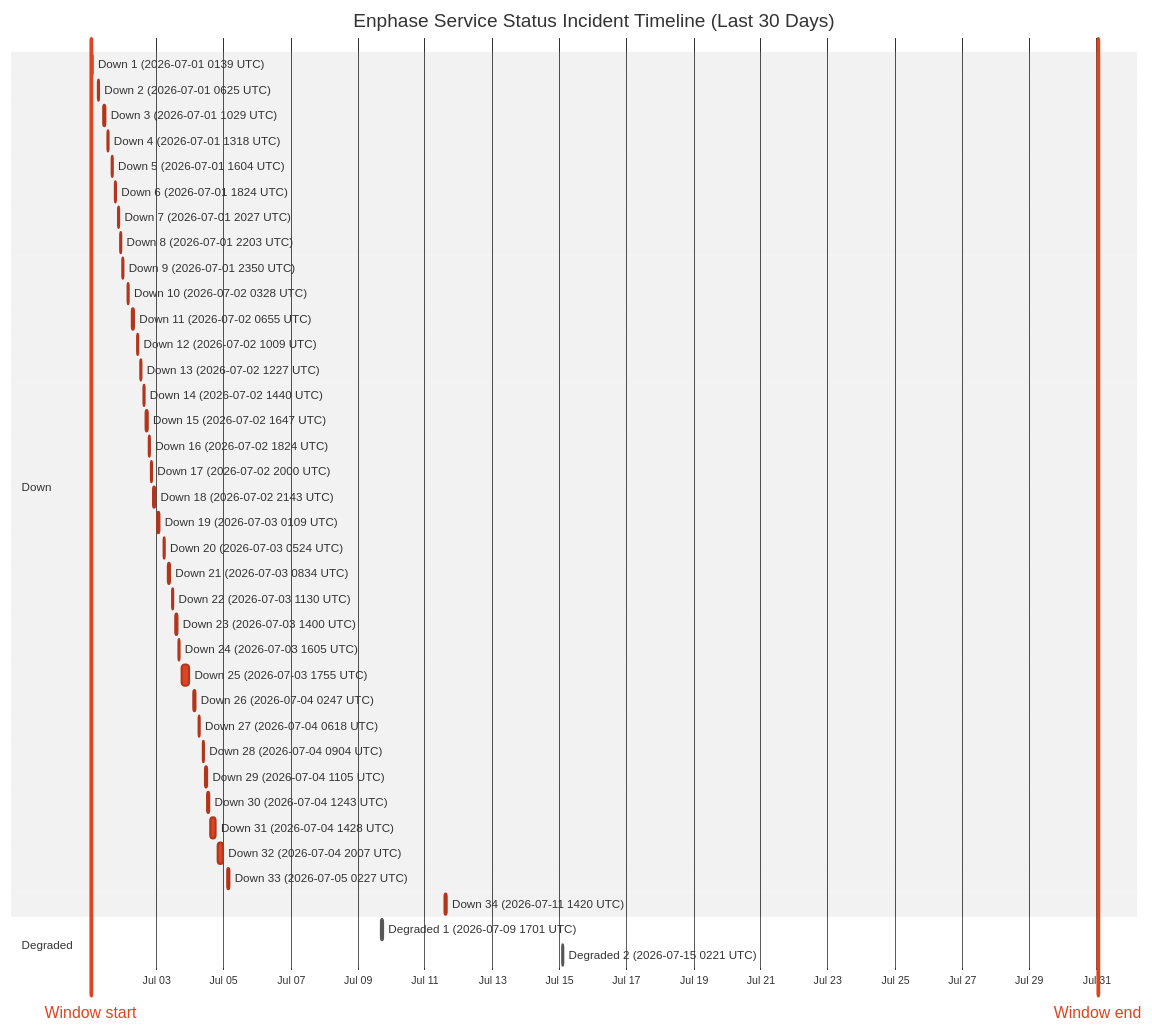
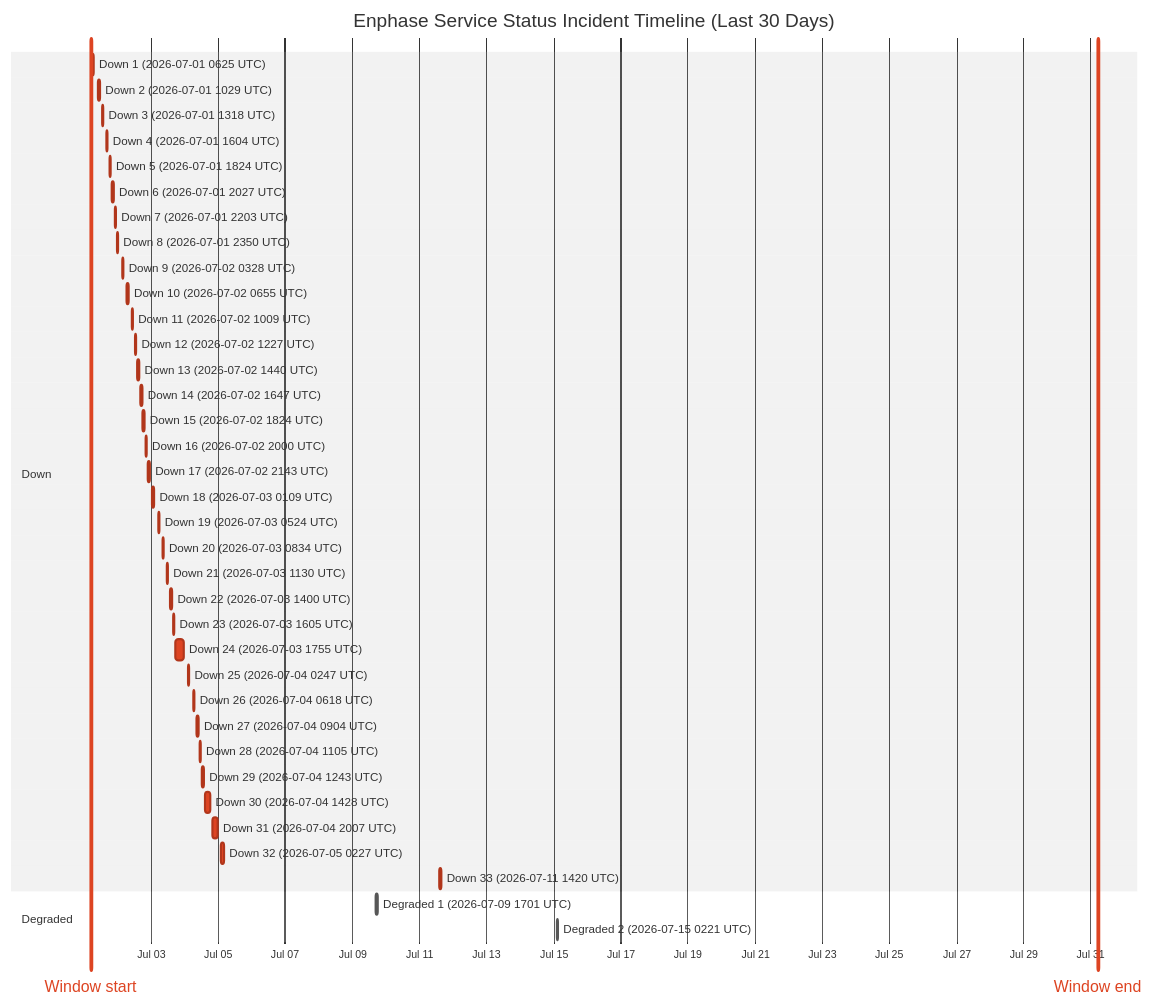
One commit to barneyonline/ha-enphase-energy changed the diagram in wiki/Service-Status-History.md. Above: the diagram before and after it, drawn with Mermaid (neutral theme). The commit also changed other lines of this file and 3 other files, not shown here.

````diff
--- a/wiki/Service-Status-History.md
+++ b/wiki/Service-Status-History.md
@@ -14,46 +14,45 @@
 ```mermaid
 gantt
     title Enphase Service Status Incident Timeline (Last 30 Days)
     dateFormat  YYYY-MM-DDTHH:mm:ss
     axisFormat  %b %d
-    Window start :vert, window-start, 2026-07-01T01:03:44, 0ms
-    Window end :vert, window-end, 2026-07-31T01:03:44, 0ms
+    Window start :vert, window-start, 2026-07-01T04:57:50, 0ms
+    Window end :vert, window-end, 2026-07-31T04:57:50, 0ms
     section Down
-    Down 1 (2026-07-01 0139 UTC) :crit, down-1, 2026-07-01T01:39:18, 60m
-    Down 2 (2026-07-01 0625 UTC) :crit, down-2, 2026-07-01T06:25:35, 60m
-    Down 3 (2026-07-01 1029 UTC) :crit, down-3, 2026-07-01T10:29:24, 60m
-    Down 4 (2026-07-01 1318 UTC) :crit, down-4, 2026-07-01T13:18:31, 60m
-    Down 5 (2026-07-01 1604 UTC) :crit, down-5, 2026-07-01T16:04:29, 60m
-    Down 6 (2026-07-01 1824 UTC) :crit, down-6, 2026-07-01T18:24:21, 60m
-    Down 7 (2026-07-01 2027 UTC) :crit, down-7, 2026-07-01T20:27:17, 60m
-    Down 8 (2026-07-01 2203 UTC) :crit, down-8, 2026-07-01T22:03:46, 60m
-    Down 9 (2026-07-01 2350 UTC) :crit, down-9, 2026-07-01T23:50:52, 60m
-    Down 10 (2026-07-02 0328 UTC) :crit, down-10, 2026-07-02T03:28:33, 60m
-    Down 11 (2026-07-02 0655 UTC) :crit, down-11, 2026-07-02T06:55:07, 60m
-    Down 12 (2026-07-02 1009 UTC) :crit, down-12, 2026-07-02T10:09:15, 60m
-    Down 13 (2026-07-02 1227 UTC) :crit, down-13, 2026-07-02T12:27:49, 60m
-    Down 14 (2026-07-02 1440 UTC) :crit, down-14, 2026-07-02T14:40:53, 60m
-    Down 15 (2026-07-02 1647 UTC) :crit, down-15, 2026-07-02T16:47:47, 60m
-    Down 16 (2026-07-02 1824 UTC) :crit, down-16, 2026-07-02T18:24:26, 60m
-    Down 17 (2026-07-02 2000 UTC) :crit, down-17, 2026-07-02T20:00:57, 60m
-    Down 18 (2026-07-02 2143 UTC) :crit, down-18, 2026-07-02T21:43:52, 80m
-    Down 19 (2026-07-03 0109 UTC) :crit, down-19, 2026-07-03T01:09:19, 60m
-    Down 20 (2026-07-03 0524 UTC) :crit, down-20, 2026-07-03T05:24:23, 60m
-    Down 21 (2026-07-03 0834 UTC) :crit, down-21, 2026-07-03T08:34:05, 60m
-    Down 22 (2026-07-03 1130 UTC) :crit, down-22, 2026-07-03T11:30:41, 60m
-    Down 23 (2026-07-03 1400 UTC) :crit, down-23, 2026-07-03T14:00:48, 60m
-    Down 24 (2026-07-03 1605 UTC) :crit, down-24, 2026-07-03T16:05:49, 60m
-    Down 25 (2026-07-03 1755 UTC) :crit, down-25, 2026-07-03T17:55:54, 338m
-    Down 26 (2026-07-04 0247 UTC) :crit, down-26, 2026-07-04T02:47:22, 60m
-    Down 27 (2026-07-04 0618 UTC) :crit, down-27, 2026-07-04T06:18:09, 60m
-    Down 28 (2026-07-04 0904 UTC) :crit, down-28, 2026-07-04T09:04:41, 60m
-    Down 29 (2026-07-04 1105 UTC) :crit, down-29, 2026-07-04T11:05:21, 60m
-    Down 30 (2026-07-04 1243 UTC) :crit, down-30, 2026-07-04T12:43:25, 60m
-    Down 31 (2026-07-04 1428 UTC) :crit, down-31, 2026-07-04T14:28:07, 243m
-    Down 32 (2026-07-04 2007 UTC) :crit, down-32, 2026-07-04T20:07:50, 206m
-    Down 33 (2026-07-05 0227 UTC) :crit, down-33, 2026-07-05T02:27:32, 109m
-    Down 34 (2026-07-11 1420 UTC) :crit, down-34, 2026-07-11T14:20:54, 69m
+    Down 1 (2026-07-01 0625 UTC) :crit, down-1, 2026-07-01T06:25:35, 60m
+    Down 2 (2026-07-01 1029 UTC) :crit, down-2, 2026-07-01T10:29:24, 60m
+    Down 3 (2026-07-01 1318 UTC) :crit, down-3, 2026-07-01T13:18:31, 60m
+    Down 4 (2026-07-01 1604 UTC) :crit, down-4, 2026-07-01T16:04:29, 60m
+    Down 5 (2026-07-01 1824 UTC) :crit, down-5, 2026-07-01T18:24:21, 60m
+    Down 6 (2026-07-01 2027 UTC) :crit, down-6, 2026-07-01T20:27:17, 60m
+    Down 7 (2026-07-01 2203 UTC) :crit, down-7, 2026-07-01T22:03:46, 60m
+    Down 8 (2026-07-01 2350 UTC) :crit, down-8, 2026-07-01T23:50:52, 60m
+    Down 9 (2026-07-02 0328 UTC) :crit, down-9, 2026-07-02T03:28:33, 60m
+    Down 10 (2026-07-02 0655 UTC) :crit, down-10, 2026-07-02T06:55:07, 60m
+    Down 11 (2026-07-02 1009 UTC) :crit, down-11, 2026-07-02T10:09:15, 60m
+    Down 12 (2026-07-02 1227 UTC) :crit, down-12, 2026-07-02T12:27:49, 60m
+    Down 13 (2026-07-02 1440 UTC) :crit, down-13, 2026-07-02T14:40:53, 60m
+    Down 14 (2026-07-02 1647 UTC) :crit, down-14, 2026-07-02T16:47:47, 60m
+    Down 15 (2026-07-02 1824 UTC) :crit, down-15, 2026-07-02T18:24:26, 60m
+    Down 16 (2026-07-02 2000 UTC) :crit, down-16, 2026-07-02T20:00:57, 60m
+    Down 17 (2026-07-02 2143 UTC) :crit, down-17, 2026-07-02T21:43:52, 80m
+    Down 18 (2026-07-03 0109 UTC) :crit, down-18, 2026-07-03T01:09:19, 60m
+    Down 19 (2026-07-03 0524 UTC) :crit, down-19, 2026-07-03T05:24:23, 60m
+    Down 20 (2026-07-03 0834 UTC) :crit, down-20, 2026-07-03T08:34:05, 60m
+    Down 21 (2026-07-03 1130 UTC) :crit, down-21, 2026-07-03T11:30:41, 60m
+    Down 22 (2026-07-03 1400 UTC) :crit, down-22, 2026-07-03T14:00:48, 60m
+    Down 23 (2026-07-03 1605 UTC) :crit, down-23, 2026-07-03T16:05:49, 60m
+    Down 24 (2026-07-03 1755 UTC) :crit, down-24, 2026-07-03T17:55:54, 338m
+    Down 25 (2026-07-04 0247 UTC) :crit, down-25, 2026-07-04T02:47:22, 60m
+    Down 26 (2026-07-04 0618 UTC) :crit, down-26, 2026-07-04T06:18:09, 60m
+    Down 27 (2026-07-04 0904 UTC) :crit, down-27, 2026-07-04T09:04:41, 60m
+    Down 28 (2026-07-04 1105 UTC) :crit, down-28, 2026-07-04T11:05:21, 60m
+    Down 29 (2026-07-04 1243 UTC) :crit, down-29, 2026-07-04T12:43:25, 60m
+    Down 30 (2026-07-04 1428 UTC) :crit, down-30, 2026-07-04T14:28:07, 243m
+    Down 31 (2026-07-04 2007 UTC) :crit, down-31, 2026-07-04T20:07:50, 206m
+    Down 32 (2026-07-05 0227 UTC) :crit, down-32, 2026-07-05T02:27:32, 109m
+    Down 33 (2026-07-11 1420 UTC) :crit, down-33, 2026-07-11T14:20:54, 69m
     section Degraded
     Degraded 1 (2026-07-09 1701 UTC) :active, degraded-1, 2026-07-09T17:01:02, 60m
     Degraded 2 (2026-07-15 0221 UTC) :active, degraded-2, 2026-07-15T02:21:35, 60m
 ```
````
